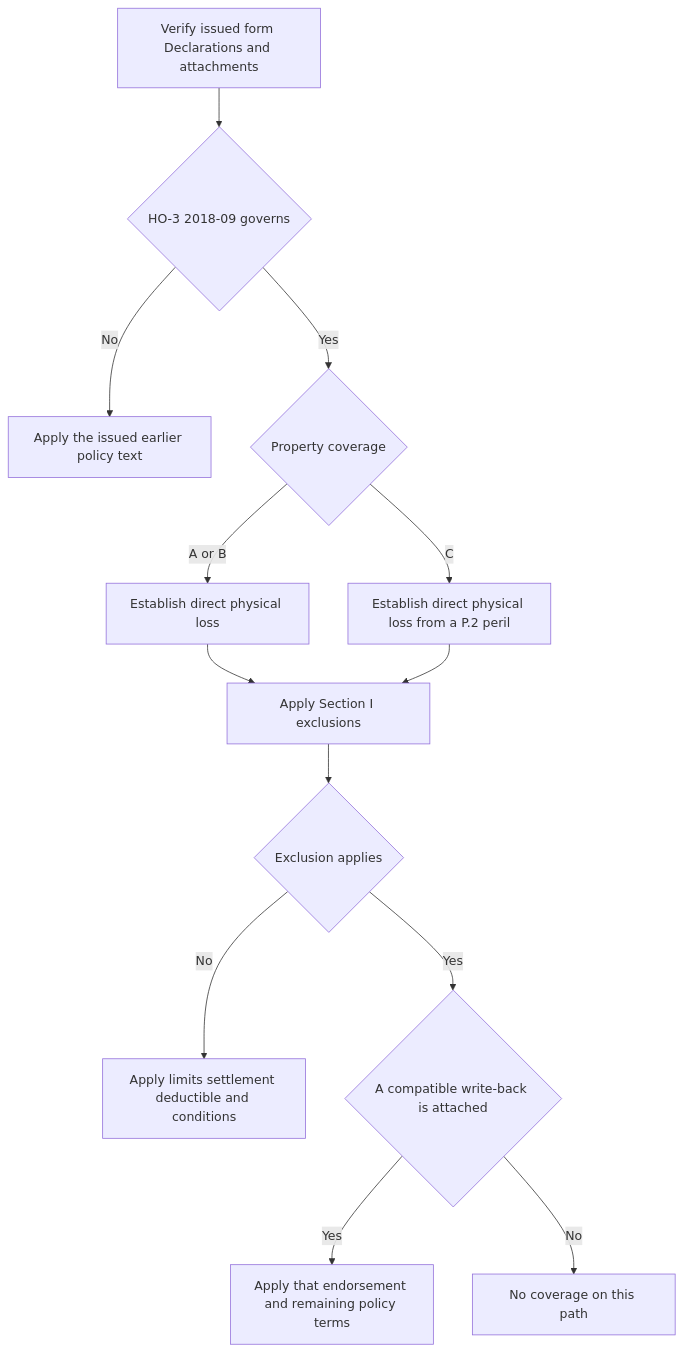
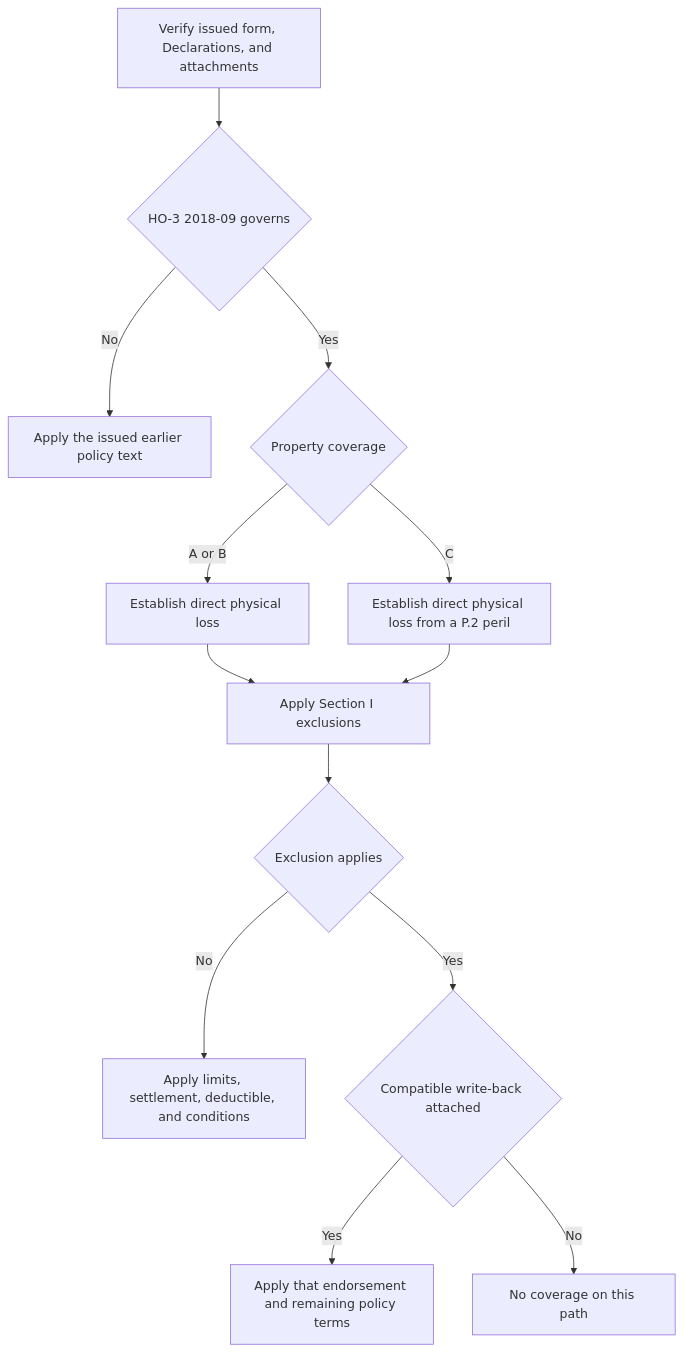
Before and after one commit to eugeneliu-86/openwiki-insurance-corpus: the diagram in openwiki/coverage/property/perils-and-general-exclusions.md, drawn with Mermaid. The commit also changed other lines of this file and 41 other files, not shown here.

````diff
--- a/openwiki/coverage/property/perils-and-general-exclusions.md
+++ b/openwiki/coverage/property/perils-and-general-exclusions.md
@@ -43,15 +40,15 @@
 ```mermaid
 flowchart TD
-    Record["Verify issued form Declarations and attachments"] --> Edition{"HO-3 2018-09 governs"}
+    Record["Verify issued form, Declarations, and attachments"] --> Edition{"HO-3 2018-09 governs"}
     Edition -- No --> Earlier["Apply the issued earlier policy text"]
     Edition -- Yes --> Coverage{"Property coverage"}
     Coverage -- "A or B" --> Physical["Establish direct physical loss"]
     Coverage -- "C" --> Named["Establish direct physical loss from a P.2 peril"]
     Physical --> Exclusions["Apply Section I exclusions"]
     Named --> Exclusions
     Exclusions --> Barred{"Exclusion applies"}
-    Barred -- No --> Terms["Apply limits settlement deductible and conditions"]
-    Barred -- Yes --> Attached{"A compatible write-back is attached"}
+    Barred -- No --> Terms["Apply limits, settlement, deductible, and conditions"]
+    Barred -- Yes --> Attached{"Compatible write-back attached"}
     Attached -- Yes --> Endorsement["Apply that endorsement and remaining policy terms"]
     Attached -- No --> NoPath["No coverage on this path"]
 ```
````
